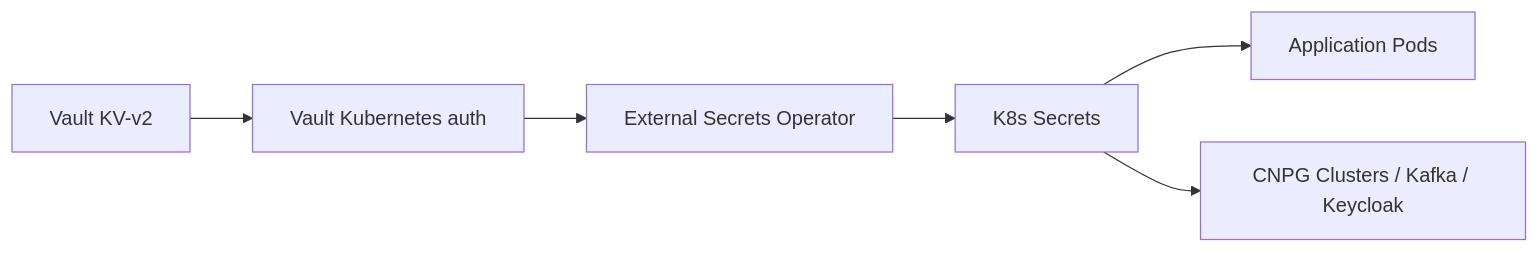
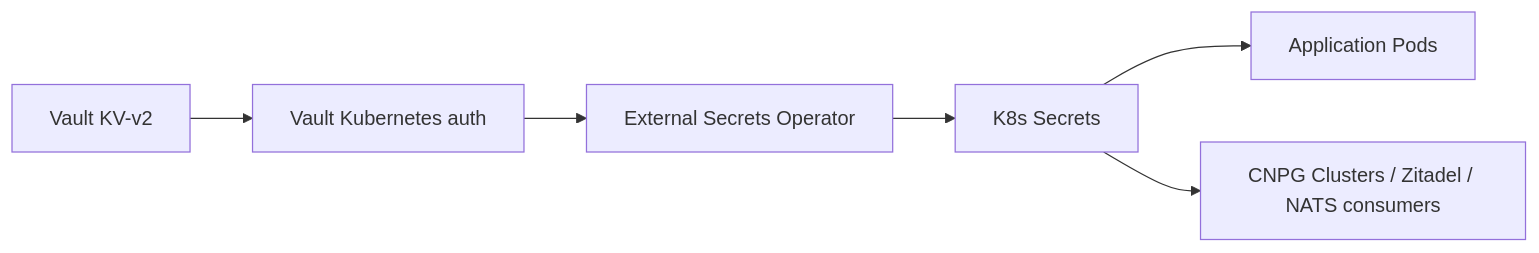
One commit to sca-templates/infra-kubernetes changed the diagram in docs/secrets.md. Above: the diagram before and after it, drawn with Mermaid. The commit also changed other lines of this file and 255 other files, not shown here.

First line of the commit message:
feat(platform): complete architecture decisions (#116)

````diff
--- a/docs/secrets.md
+++ b/docs/secrets.md
@@ -15,8 +15,8 @@
 ```mermaid
 graph LR
     A[Vault KV-v2] --> B[Vault Kubernetes auth]
     B --> C[External Secrets Operator]
     C --> D[K8s Secrets]
     D --> E[Application Pods]
-    D --> F[CNPG Clusters / Kafka / Keycloak]
+    D --> F[CNPG Clusters / Zitadel / NATS consumers]
 ```
````
